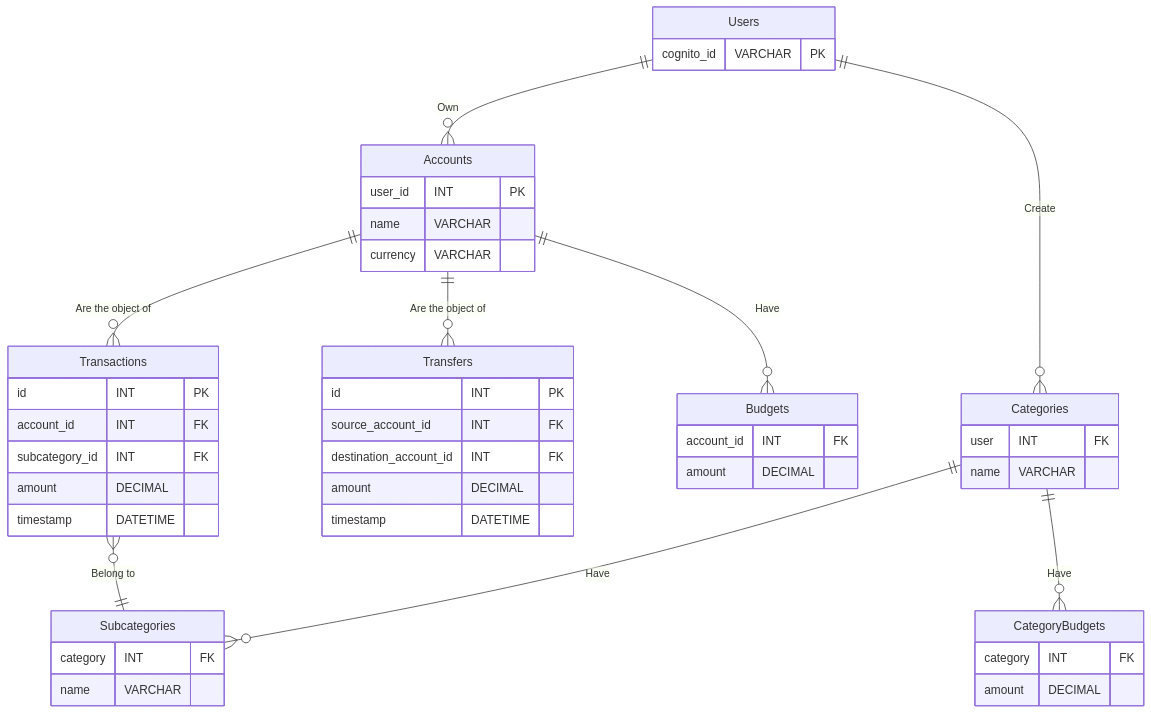
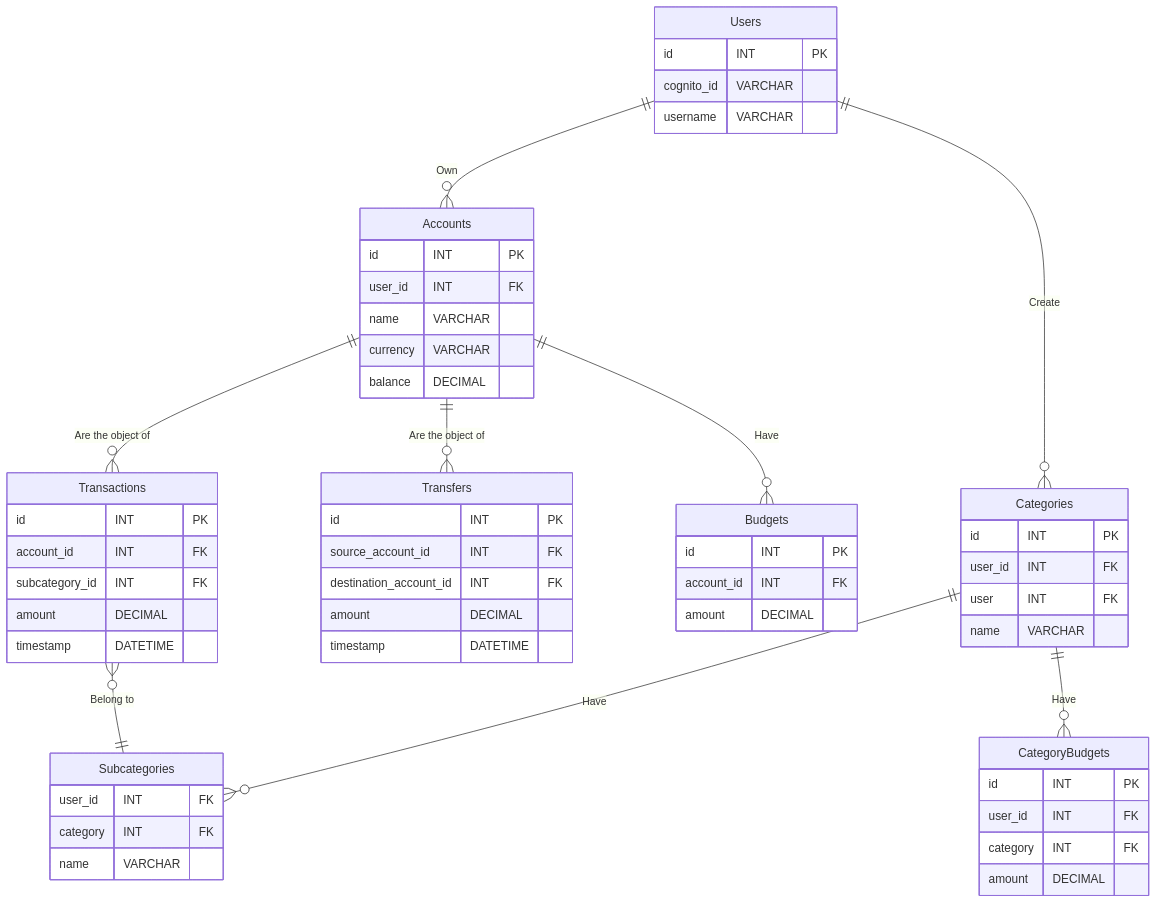
The diagram in docs/ER.md (alisnino/demo-budget-app), drawn with Mermaid before and after one commit. The commit also changed 2 other files, not shown here.

Commit message:
ER fix; added model defs to backend

````diff
--- a/docs/ER.md
+++ b/docs/ER.md
@@ -5,59 +5,69 @@
 ```mermaid
 erDiagram
     Users ||--o{ Accounts : Own
     Accounts ||--o{ Transactions : "Are the object of"
     Accounts ||--o{ Transfers : "Are the object of"
     Accounts ||--o{ Budgets : "Have"
     Users ||--o{ Categories : Create
     Categories ||--o{ Subcategories : Have
     Categories ||--o{ CategoryBudgets : Have
     Transactions }o--|| Subcategories : "Belong to"
 
     Users {
-        cognito_id VARCHAR PK
+        id INT PK
+        cognito_id VARCHAR
+        username VARCHAR
     }
 
     Accounts {
-        user_id INT PK
+        id INT PK
+        user_id INT FK
         name VARCHAR
         currency VARCHAR
+        balance DECIMAL
     }
 
     Transactions {
         id INT PK
         account_id INT FK
         subcategory_id INT FK
         amount DECIMAL
         timestamp DATETIME
     }
 
     Transfers {
         id INT PK
         source_account_id INT FK
         destination_account_id INT FK
         amount DECIMAL
         timestamp DATETIME
     }
 
     Budgets {
+        id INT PK
         account_id INT FK
         amount DECIMAL
     }
 
     Categories {
+        id INT PK
+        user_id INT FK
         user INT FK
         name VARCHAR
     }
 
     Subcategories {
+        user_id INT FK
         category INT FK
         name VARCHAR
     }
 
 
     CategoryBudgets {
+        id INT PK
+        user_id INT FK
         category INT FK
         amount DECIMAL
     }
 
 ```
````
